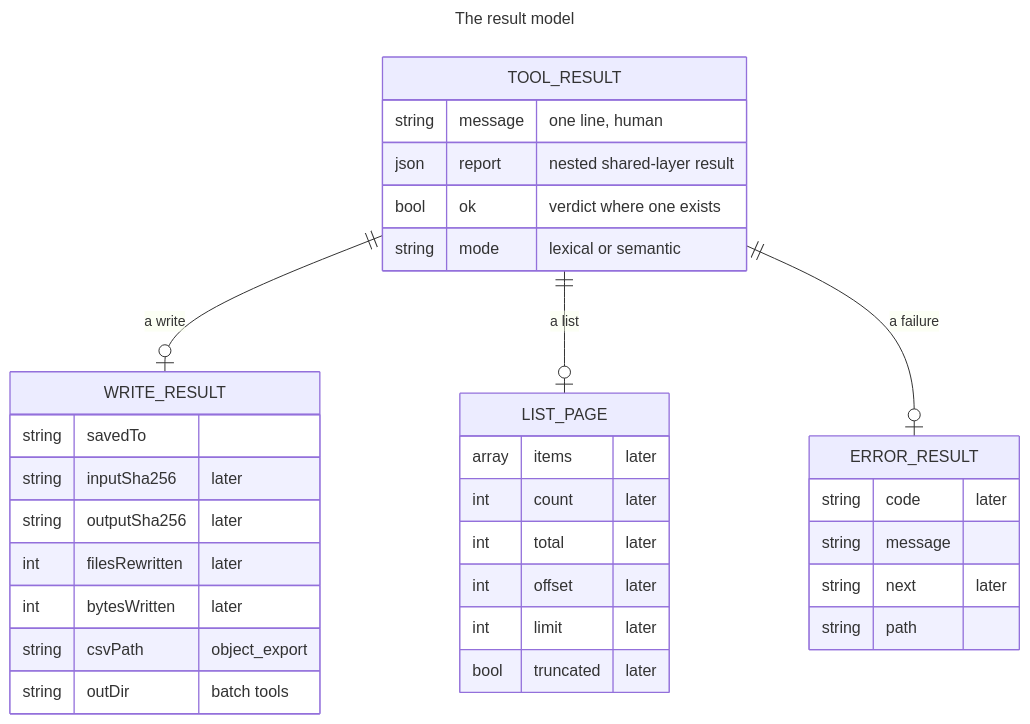
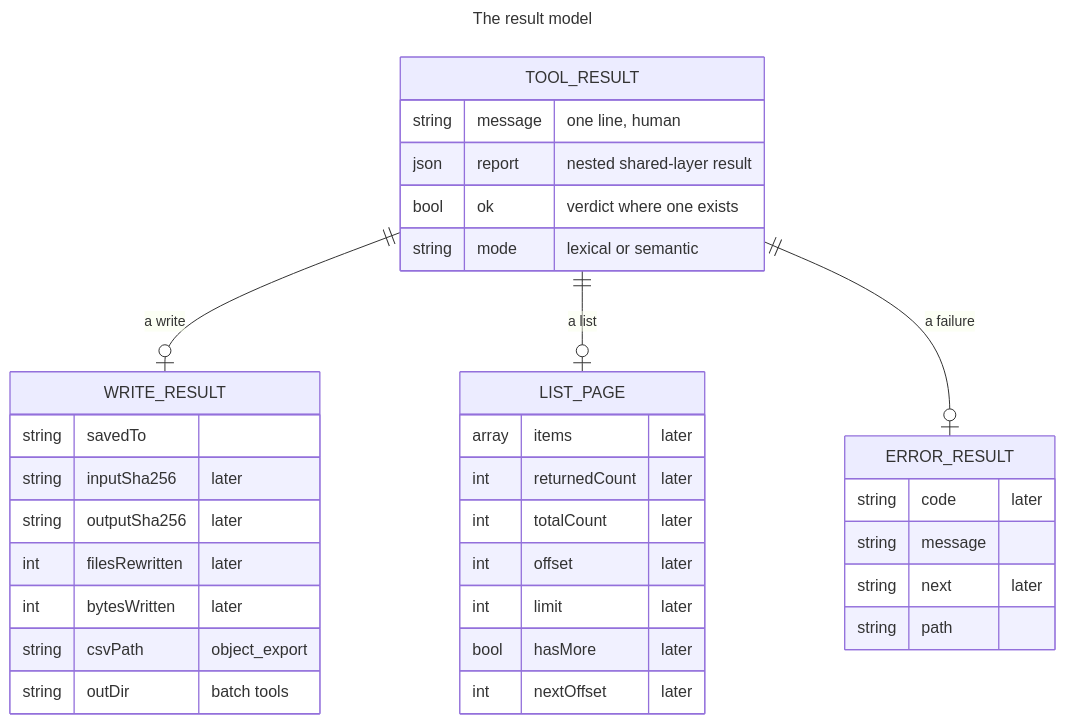
Before and after one commit to GodMephisto/wc3-mcp: diagram 11 of 17 in docs/specification/wc3-mcp-specification-v1.md, drawn with Mermaid. The commit also changed other lines of this file and 3 other files, not shown here.

````diff
--- a/docs/specification/wc3-mcp-specification-v1.md
+++ b/docs/specification/wc3-mcp-specification-v1.md
@@ -1191,38 +1199,39 @@
 ```mermaid
 ---
 title: The result model
 ---
 erDiagram
   TOOL_RESULT ||--o| WRITE_RESULT : "a write"
   TOOL_RESULT ||--o| LIST_PAGE : "a list"
   TOOL_RESULT ||--o| ERROR_RESULT : "a failure"
   TOOL_RESULT {
     string message "one line, human"
     json report "nested shared-layer result"
     bool ok "verdict where one exists"
     string mode "lexical or semantic"
   }
   WRITE_RESULT {
     string savedTo
     string inputSha256 "later"
     string outputSha256 "later"
     int filesRewritten "later"
     int bytesWritten "later"
     string csvPath "object_export"
     string outDir "batch tools"
   }
   LIST_PAGE {
     array items "later"
-    int count "later"
-    int total "later"
+    int returnedCount "later"
+    int totalCount "later"
     int offset "later"
     int limit "later"
-    bool truncated "later"
+    bool hasMore "later"
+    int nextOffset "later"
   }
   ERROR_RESULT {
     string code "later"
     string message
     string next "later"
     string path
   }
 ```
````
